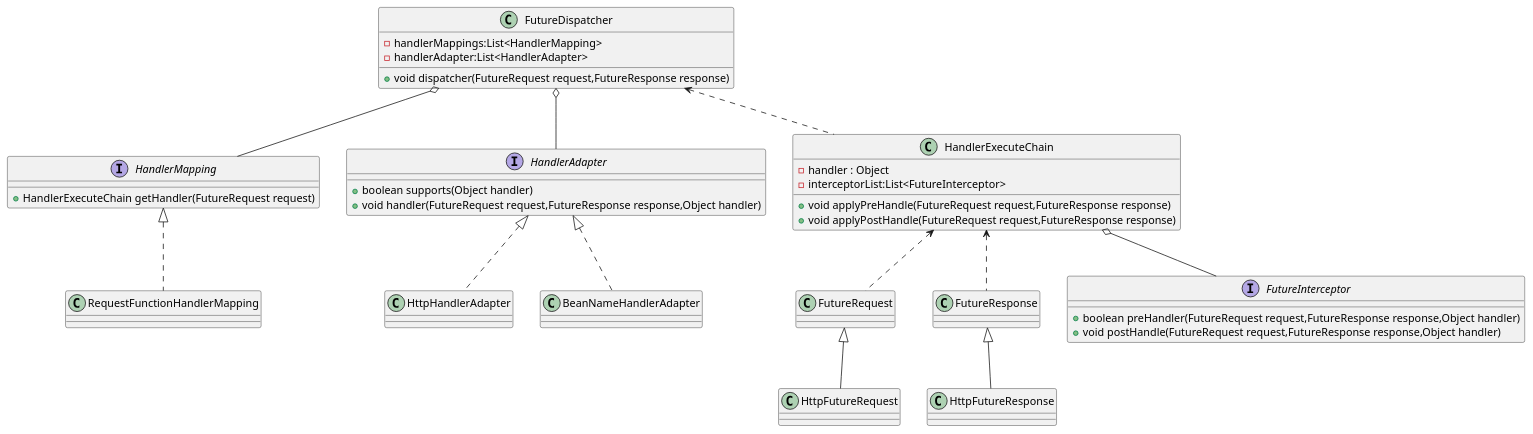
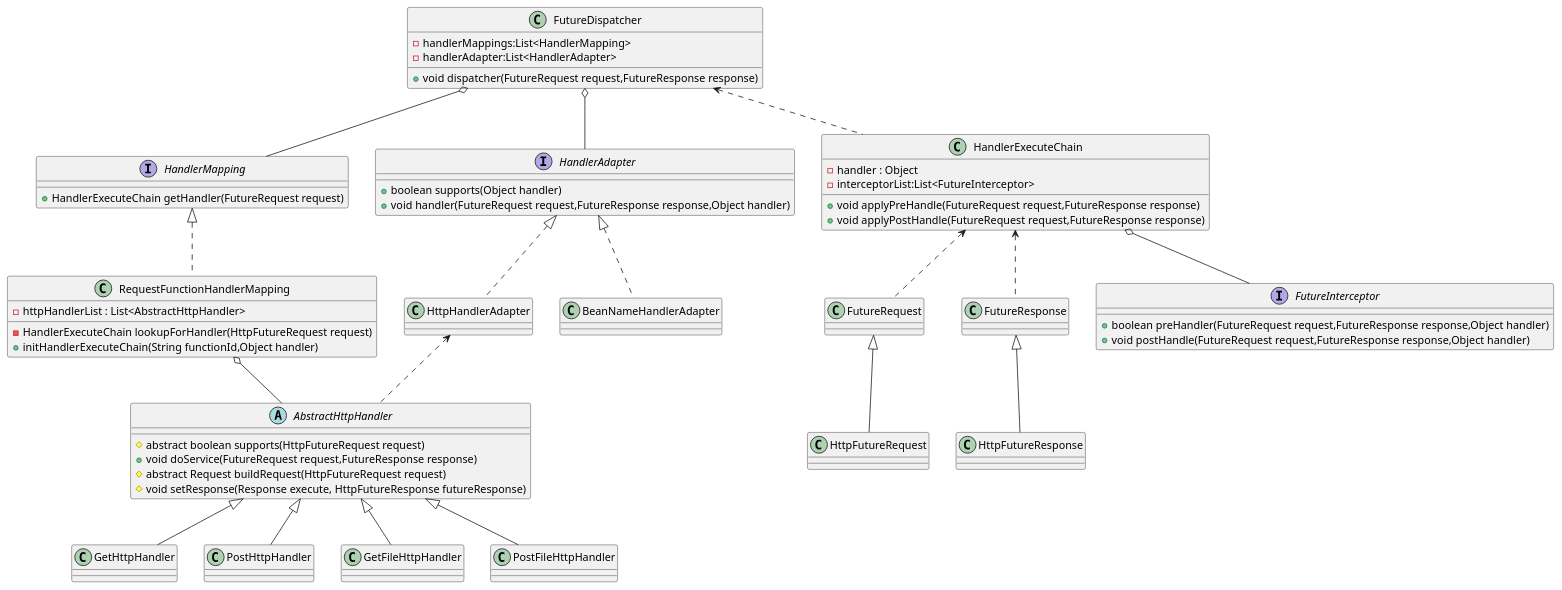
One commit to Ivanyanqi/future changed the diagram in umldesc.puml. Above: the diagram before and after it, drawn with PlantUML. The commit also changed 1 other file, not shown here.

```diff
--- a/umldesc.puml
+++ b/umldesc.puml
@@ -1,59 +1,81 @@
 @startuml
 'https://plantuml.com/class-diagram
 
 class FutureRequest
 class FutureResponse
 class HttpFutureRequest
 class HttpFutureResponse
 FutureRequest <|-- HttpFutureRequest
 FutureResponse <|-- HttpFutureResponse
 
 
 interface HandlerMapping {
     + HandlerExecuteChain getHandler(FutureRequest request)
 }
 
 interface HandlerAdapter{
     + boolean supports(Object handler)
     + void handler(FutureRequest request,FutureResponse response,Object handler)
 }
 interface FutureInterceptor{
     + boolean preHandler(FutureRequest request,FutureResponse response,Object handler)
     + void postHandle(FutureRequest request,FutureResponse response,Object handler)
 }
 
 
 class HttpHandlerAdapter
 class BeanNameHandlerAdapter
 HandlerAdapter <|.. HttpHandlerAdapter
 HandlerAdapter <|.. BeanNameHandlerAdapter
 
 class HandlerExecuteChain{
     - handler : Object
     - interceptorList:List<FutureInterceptor>
     + void applyPreHandle(FutureRequest request,FutureResponse response)
     + void applyPostHandle(FutureRequest request,FutureResponse response)
 }
 
 HandlerExecuteChain o-- FutureInterceptor
 HandlerExecuteChain <.. FutureRequest
 HandlerExecuteChain <.. FutureResponse
 
 
 class RequestFunctionHandlerMapping{
+   - httpHandlerList : List<AbstractHttpHandler>
+   - HandlerExecuteChain lookupForHandler(HttpFutureRequest request)
+   + initHandlerExecuteChain(String functionId,Object handler)
+}
 
-}
 
 HandlerMapping <|.. RequestFunctionHandlerMapping
 
 
 class FutureDispatcher{
     - handlerMappings:List<HandlerMapping>
     - handlerAdapter:List<HandlerAdapter>
     + void dispatcher(FutureRequest request,FutureResponse response)
 }
 FutureDispatcher o-- HandlerMapping
 FutureDispatcher o-- HandlerAdapter
 FutureDispatcher <.. HandlerExecuteChain
 
+abstract class AbstractHttpHandler{
+    # abstract boolean supports(HttpFutureRequest request)
+    + void doService(FutureRequest request,FutureResponse response)
+    # abstract Request buildRequest(HttpFutureRequest request)
+    # void setResponse(Response execute, HttpFutureResponse futureResponse)
+}
+class GetHttpHandler
+class PostHttpHandler
+class GetFileHttpHandler
+class PostFileHttpHandler
+
+AbstractHttpHandler <|-- GetHttpHandler
+AbstractHttpHandler <|-- PostHttpHandler
+AbstractHttpHandler <|-- GetFileHttpHandler
+AbstractHttpHandler <|-- PostFileHttpHandler
+
+RequestFunctionHandlerMapping o-- AbstractHttpHandler
+HttpHandlerAdapter <.. AbstractHttpHandler
+
 @enduml
```
